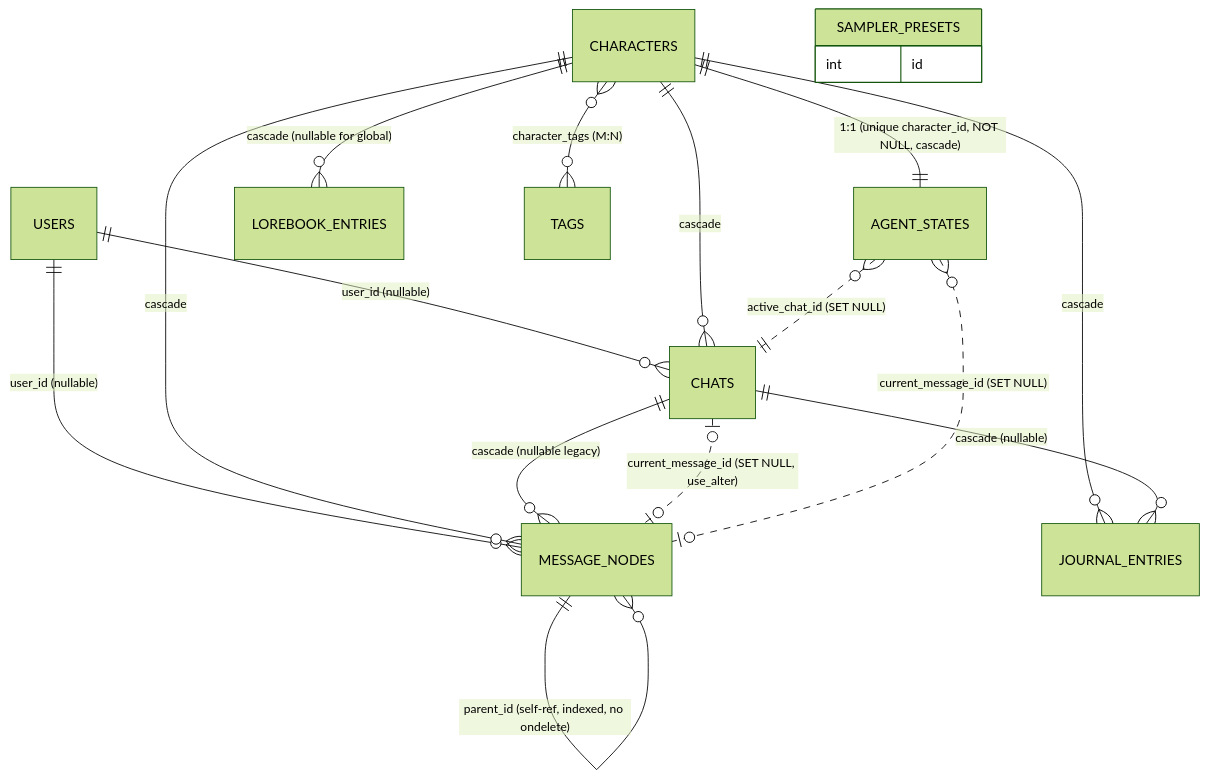
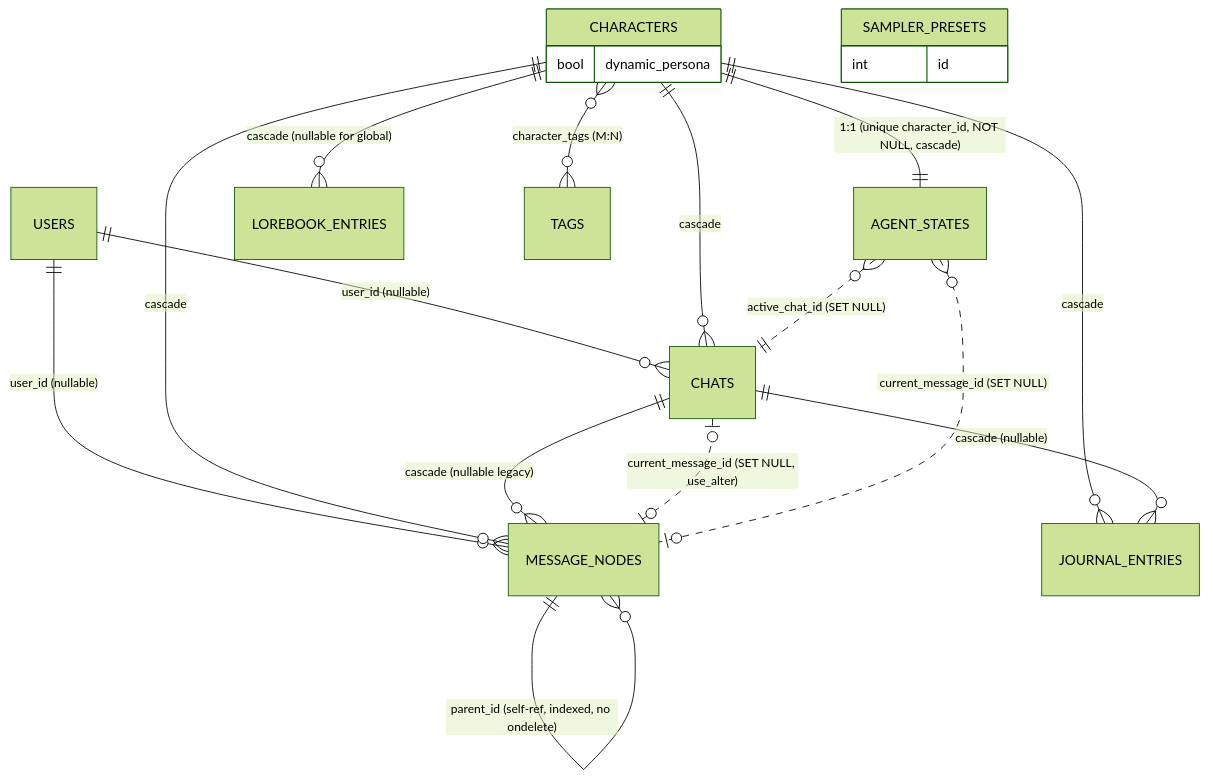
One commit to FellypeMelo/Open-ChatBot changed the diagram in docs/data-model-er.md. Above: the diagram before and after it, drawn with Mermaid (forest theme). The commit also changed other lines of this file and 1 other file, not shown here.

First line of the commit message:
docs: sync architecture.md + data-model-er.md with the EPIC overhaul

````diff
--- a/docs/data-model-er.md
+++ b/docs/data-model-er.md
@@ -9,18 +9,19 @@
 ```mermaid
 erDiagram
     USERS ||--o{ CHATS : "user_id (nullable)"
     USERS ||--o{ MESSAGE_NODES : "user_id (nullable)"
     CHARACTERS ||--|| AGENT_STATES : "1:1 (unique character_id, NOT NULL, cascade)"
     CHARACTERS ||--o{ CHATS : "cascade"
     CHARACTERS ||--o{ MESSAGE_NODES : "cascade"
     CHARACTERS ||--o{ LOREBOOK_ENTRIES : "cascade (nullable for global)"
     CHARACTERS ||--o{ JOURNAL_ENTRIES : "cascade"
     CHARACTERS }o--o{ TAGS : "character_tags (M:N)"
     CHATS ||--o{ MESSAGE_NODES : "cascade (nullable legacy)"
     CHATS ||--o{ JOURNAL_ENTRIES : "cascade (nullable)"
     CHATS |o..o| MESSAGE_NODES : "current_message_id (SET NULL, use_alter)"
     AGENT_STATES }o..|| CHATS : "active_chat_id (SET NULL)"
     AGENT_STATES }o..o| MESSAGE_NODES : "current_message_id (SET NULL)"
     MESSAGE_NODES ||--o{ MESSAGE_NODES : "parent_id (self-ref, indexed, no ondelete)"
+    CHARACTERS { bool dynamic_persona }
     SAMPLER_PRESETS { int id }
 ```
````
